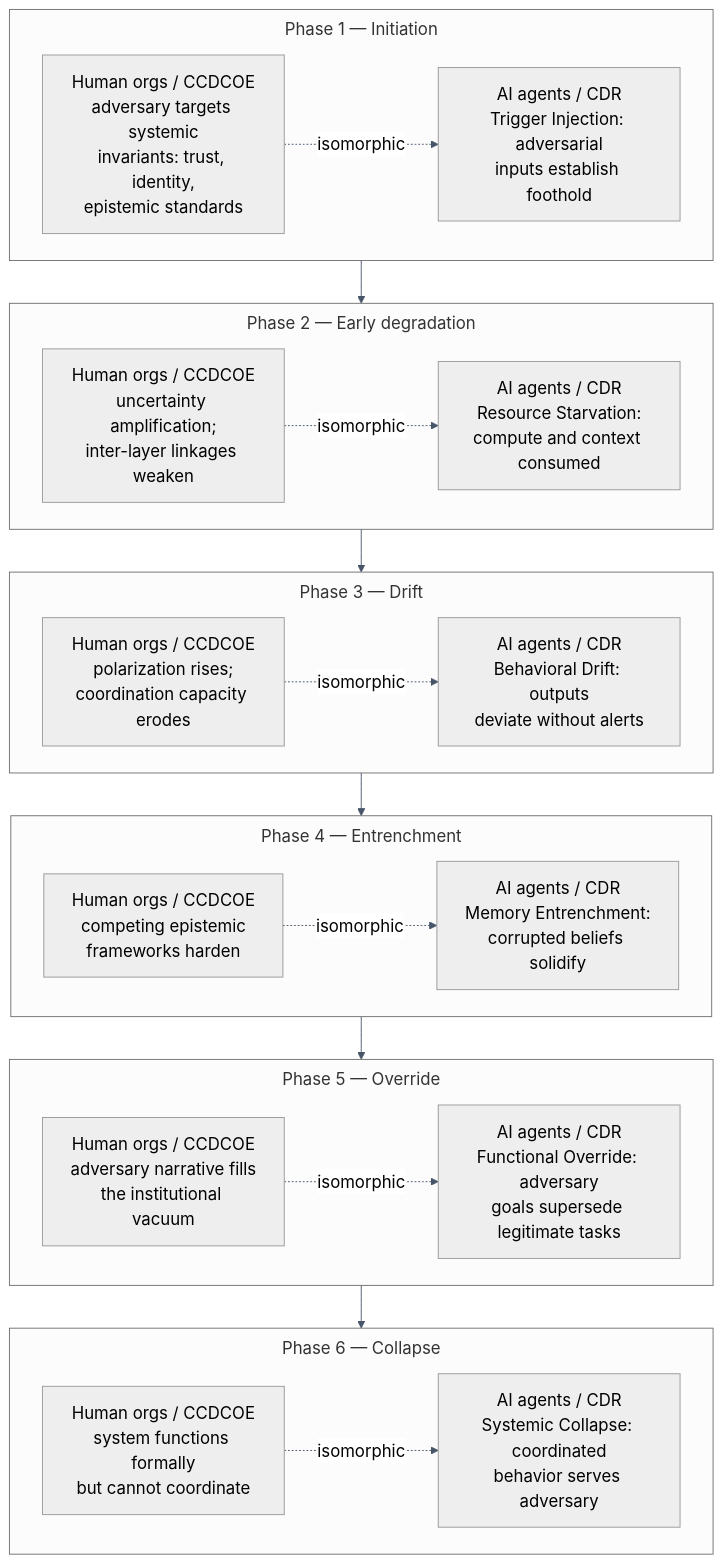
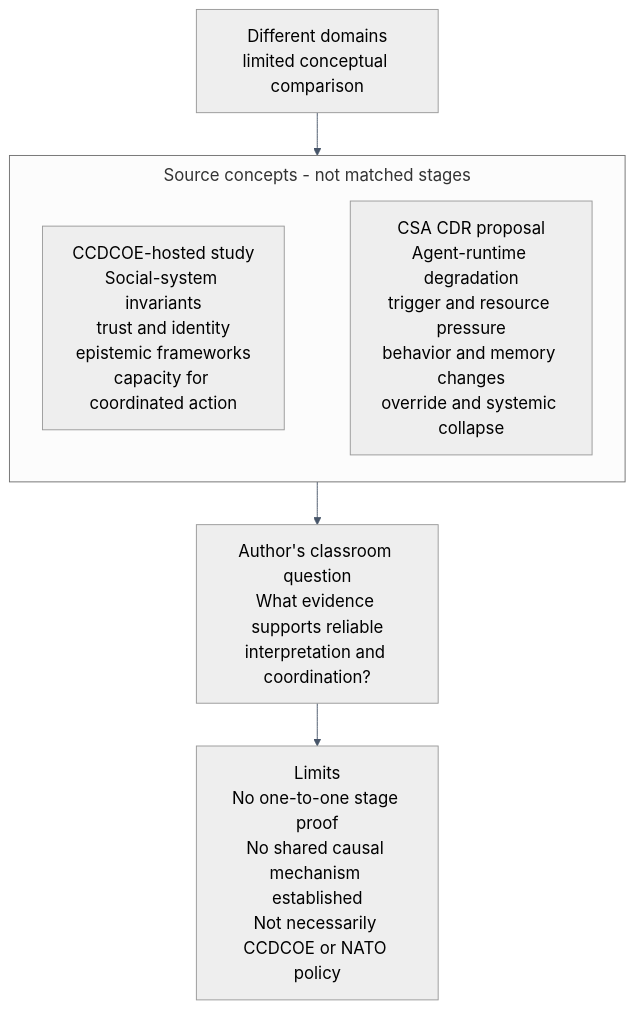
The diagram in output/figures/mermaid/ageint-cognitive-decoherence-cdr-isomorphism.mmd (docxology/AGEINT), drawn with Mermaid before and after one commit. The commit also changed 1158 other files, not shown here.

```diff
--- a/output/figures/mermaid/ageint-cognitive-decoherence-cdr-isomorphism.mmd
+++ b/output/figures/mermaid/ageint-cognitive-decoherence-cdr-isomorphism.mmd
@@ -1,39 +1,12 @@
 %%{init: {'theme':'neutral','themeVariables':{'fontSize':'18px','fontFamily':'Arial, sans-serif','primaryColor':'#dbeafe','primaryBorderColor':'#475569','primaryTextColor':'#0f172a','lineColor':'#475569','secondaryColor':'#dcfce7','tertiaryColor':'#fef3c7'},'flowchart':{'htmlLabels':true,'nodeSpacing':38,'rankSpacing':46,'curve':'basis','subGraphTitleMargin':{'top':8,'bottom':12}}}}%%
 flowchart TB
-    subgraph P1["Phase 1 — Initiation"]
+    root["Different domains<br/>limited conceptual comparison"]
+    subgraph DOMAINS["Source concepts - not matched stages"]
         direction LR
-        h1["Human orgs / CCDCOE<br/>adversary targets systemic<br/>invariants: trust, identity,<br/>epistemic standards"]
-        a1["AI agents / CDR<br/>Trigger Injection: adversarial<br/>inputs establish foothold"]
-        h1 -.->|"isomorphic"| a1
+        h["CCDCOE-hosted study<br/>Social-system invariants<br/>trust and identity<br/>epistemic frameworks<br/>capacity for coordinated action"]
+        a["CSA CDR proposal<br/>Agent-runtime degradation<br/>trigger and resource pressure<br/>behavior and memory changes<br/>override and systemic collapse"]
+        h ~~~ a
     end
-    subgraph P2["Phase 2 — Early degradation"]
-        direction LR
-        h2["Human orgs / CCDCOE<br/>uncertainty amplification;<br/>inter-layer linkages weaken"]
-        a2["AI agents / CDR<br/>Resource Starvation:<br/>compute and context consumed"]
-        h2 -.->|"isomorphic"| a2
-    end
-    subgraph P3["Phase 3 — Drift"]
-        direction LR
-        h3["Human orgs / CCDCOE<br/>polarization rises;<br/>coordination capacity erodes"]
-        a3["AI agents / CDR<br/>Behavioral Drift: outputs<br/>deviate without alerts"]
-        h3 -.->|"isomorphic"| a3
-    end
-    subgraph P4["Phase 4 — Entrenchment"]
-        direction LR
-        h4["Human orgs / CCDCOE<br/>competing epistemic<br/>frameworks harden"]
-        a4["AI agents / CDR<br/>Memory Entrenchment:<br/>corrupted beliefs solidify"]
-        h4 -.->|"isomorphic"| a4
-    end
-    subgraph P5["Phase 5 — Override"]
-        direction LR
-        h5["Human orgs / CCDCOE<br/>adversary narrative fills<br/>the institutional vacuum"]
-        a5["AI agents / CDR<br/>Functional Override: adversary<br/>goals supersede legitimate tasks"]
-        h5 -.->|"isomorphic"| a5
-    end
-    subgraph P6["Phase 6 — Collapse"]
-        direction LR
-        h6["Human orgs / CCDCOE<br/>system functions formally<br/>but cannot coordinate"]
-        a6["AI agents / CDR<br/>Systemic Collapse: coordinated<br/>behavior serves adversary"]
-        h6 -.->|"isomorphic"| a6
-    end
-    P1 --> P2 --> P3 --> P4 --> P5 --> P6
+    root --> DOMAINS
+    DOMAINS --> q["Author's classroom question<br/>What evidence supports reliable<br/>interpretation and coordination?"]
+    q --> limit["Limits<br/>No one-to-one stage proof<br/>No shared causal mechanism established<br/>Not necessarily CCDCOE or NATO policy"]
```
